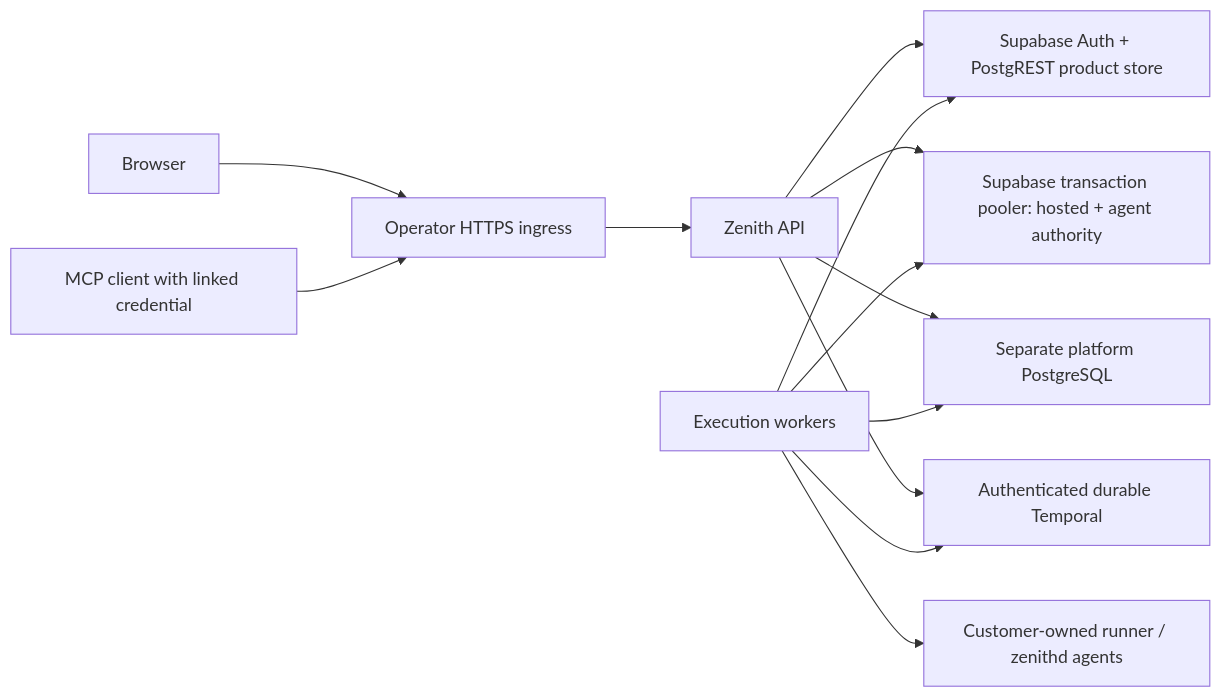
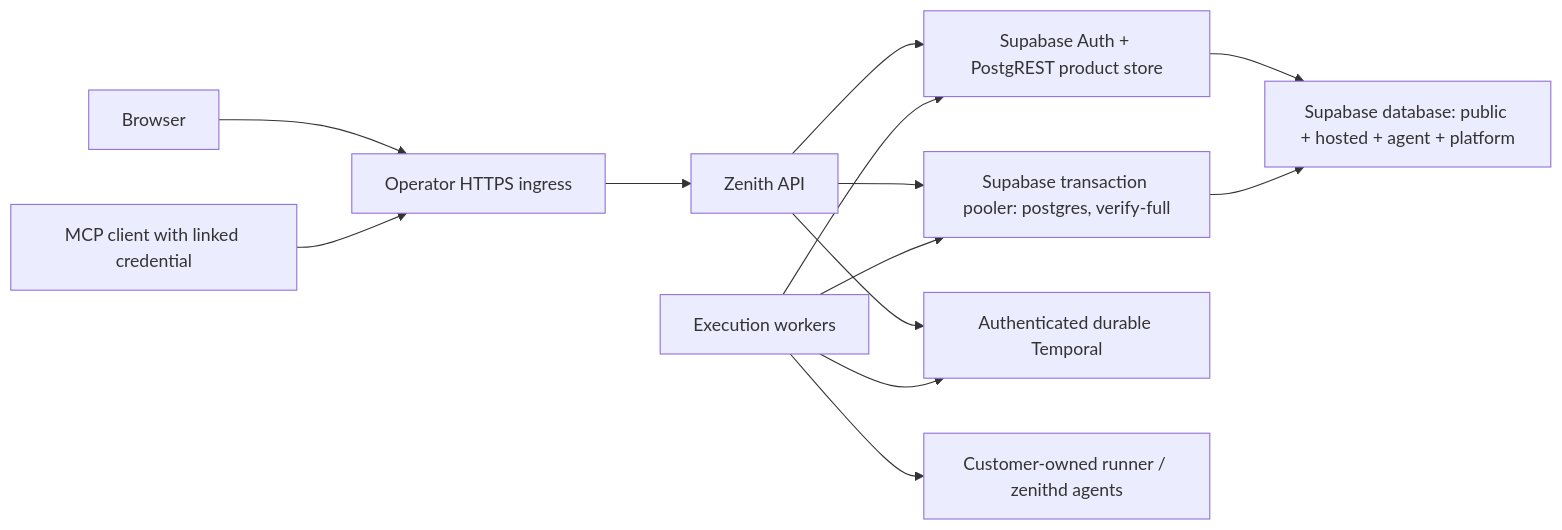
Before and after one commit to GODOSTROYER/zenith: the diagram in docs/platform/INSTALLATION.md, drawn with Mermaid. The commit also changed other lines of this file and 20 other files, not shown here.

Commit message:
PROD-PKG-04: share the Supabase database authority for MCP final admission

````diff
--- a/docs/platform/INSTALLATION.md
+++ b/docs/platform/INSTALLATION.md
@@ -10,15 +10,15 @@
 ```mermaid
 flowchart LR
   browser[Browser] --> ingress[Operator HTTPS ingress]
   mcp[MCP client with linked credential] --> ingress
   ingress --> api[Zenith API]
   api --> supabase[Supabase Auth + PostgREST product store]
-  api --> pooler[Supabase transaction pooler: hosted + agent authority]
-  api --> platform[Separate platform PostgreSQL]
+  api --> pooler[Supabase transaction pooler: postgres, verify-full]
+  supabase --> database
+  pooler --> database[Supabase database: public + hosted + agent + platform]
   api --> temporal[Authenticated durable Temporal]
-  worker[Execution workers] --> platform
+  worker[Execution workers] --> pooler
   worker --> supabase
-  worker --> pooler
   worker --> temporal
   worker --> agents[Customer-owned runner / zenithd agents]
 ```
````
